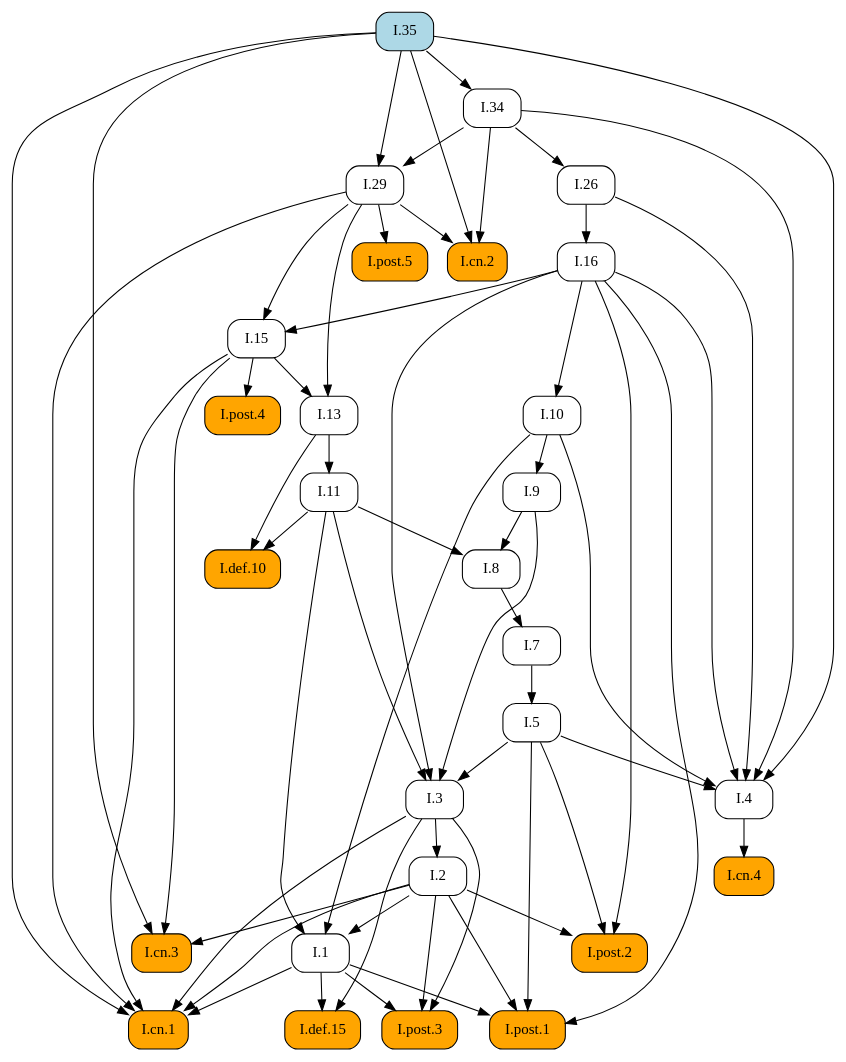
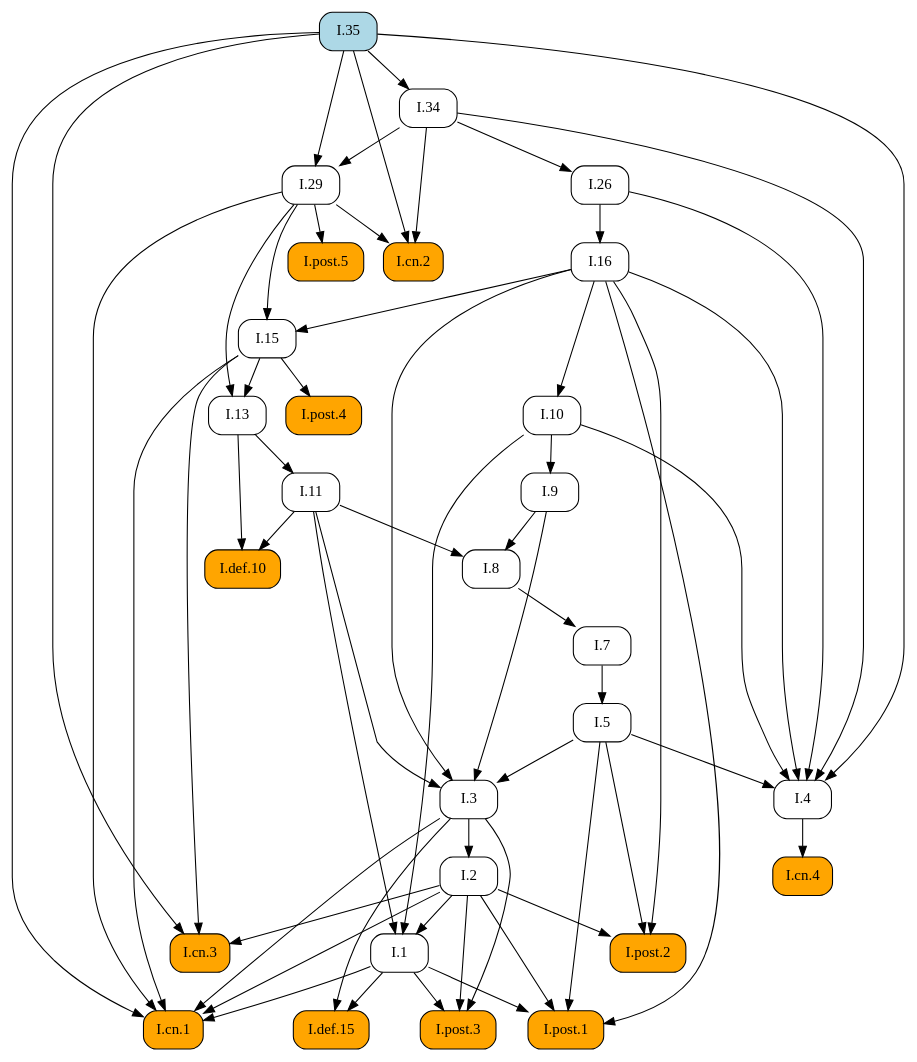
One commit to geometor/elements changed the diagram in docsrc/elements2/I/35/index.rst. Above: the diagram before and after it, drawn with Graphviz. The commit also changed other lines of this file and 409 other files, not shown here.

First line of the commit message:
feat: Add image cropping and graphic extraction script

```diff
--- a/docsrc/elements2/I/35/index.rst
+++ b/docsrc/elements2/I/35/index.rst
@@ -72,91 +72,91 @@
    digraph {
      rankdir="TB";
      node [shape=box, style=rounded];
+     "I.def.15" [style="rounded,filled", fillcolor=orange, URL="/elements2/I/def.15/", target="_top"];
+     "I.def.10" [style="rounded,filled", fillcolor=orange, URL="/elements2/I/def.10/", target="_top"];
+     "I.11" [URL="/elements2/I/11/", target="_top"];
+     "I.post.4" [style="rounded,filled", fillcolor=orange, URL="/elements2/I/post.4/", target="_top"];
      "I.8" [URL="/elements2/I/8/", target="_top"];
-     "I.post.3" [style="rounded,filled", fillcolor=orange, URL="/elements2/I/post.3/", target="_top"];
-     "I.cn.3" [style="rounded,filled", fillcolor=orange, URL="/elements2/I/cn.3/", target="_top"];
-     "I.cn.4" [style="rounded,filled", fillcolor=orange, URL="/elements2/I/cn.4/", target="_top"];
-     "I.1" [URL="/elements2/I/1/", target="_top"];
-     "I.7" [URL="/elements2/I/7/", target="_top"];
-     "I.post.1" [style="rounded,filled", fillcolor=orange, URL="/elements2/I/post.1/", target="_top"];
-     "I.9" [URL="/elements2/I/9/", target="_top"];
+     "I.15" [URL="/elements2/I/15/", target="_top"];
      "I.5" [URL="/elements2/I/5/", target="_top"];
      "I.post.5" [style="rounded,filled", fillcolor=orange, URL="/elements2/I/post.5/", target="_top"];
+     "I.3" [URL="/elements2/I/3/", target="_top"];
+     "I.10" [URL="/elements2/I/10/", target="_top"];
+     "I.26" [URL="/elements2/I/26/", target="_top"];
      "I.cn.1" [style="rounded,filled", fillcolor=orange, URL="/elements2/I/cn.1/", target="_top"];
+     "I.cn.3" [style="rounded,filled", fillcolor=orange, URL="/elements2/I/cn.3/", target="_top"];
+     "I.13" [URL="/elements2/I/13/", target="_top"];
+     "I.4" [URL="/elements2/I/4/", target="_top"];
+     "I.post.3" [style="rounded,filled", fillcolor=orange, URL="/elements2/I/post.3/", target="_top"];
+     "I.7" [URL="/elements2/I/7/", target="_top"];
+     "I.9" [URL="/elements2/I/9/", target="_top"];
      "I.29" [URL="/elements2/I/29/", target="_top"];
-     "I.def.10" [style="rounded,filled", fillcolor=orange, URL="/elements2/I/def.10/", target="_top"];
      "I.16" [URL="/elements2/I/16/", target="_top"];
-     "I.post.4" [style="rounded,filled", fillcolor=orange, URL="/elements2/I/post.4/", target="_top"];
+     "I.post.1" [style="rounded,filled", fillcolor=orange, URL="/elements2/I/post.1/", target="_top"];
+     "I.2" [URL="/elements2/I/2/", target="_top"];
+     "I.34" [URL="/elements2/I/34/", target="_top"];
+     "I.35" [style="rounded,filled", fillcolor=lightblue, URL="/elements2/I/35/", target="_top"];
+     "I.cn.4" [style="rounded,filled", fillcolor=orange, URL="/elements2/I/cn.4/", target="_top"];
      "I.cn.2" [style="rounded,filled", fillcolor=orange, URL="/elements2/I/cn.2/", target="_top"];
-     "I.13" [URL="/elements2/I/13/", target="_top"];
-     "I.35" [style="rounded,filled", fillcolor=lightblue, URL="/elements2/I/35/", target="_top"];
-     "I.2" [URL="/elements2/I/2/", target="_top"];
-     "I.def.15" [style="rounded,filled", fillcolor=orange, URL="/elements2/I/def.15/", target="_top"];
-     "I.4" [URL="/elements2/I/4/", target="_top"];
-     "I.11" [URL="/elements2/I/11/", target="_top"];
-     "I.10" [URL="/elements2/I/10/", target="_top"];
-     "I.15" [URL="/elements2/I/15/", target="_top"];
-     "I.3" [URL="/elements2/I/3/", target="_top"];
+     "I.1" [URL="/elements2/I/1/", target="_top"];
      "I.post.2" [style="rounded,filled", fillcolor=orange, URL="/elements2/I/post.2/", target="_top"];
-     "I.34" [URL="/elements2/I/34/", target="_top"];
-     "I.26" [URL="/elements2/I/26/", target="_top"];
+     "I.1" -> "I.def.15";
+     "I.3" -> "I.def.15";
+     "I.11" -> "I.def.10";
+     "I.13" -> "I.def.10";
+     "I.13" -> "I.11";
+     "I.15" -> "I.post.4";
      "I.9" -> "I.8";
      "I.11" -> "I.8";
-     "I.1" -> "I.post.3";
-     "I.2" -> "I.post.3";
-     "I.3" -> "I.post.3";
-     "I.2" -> "I.cn.3";
-     "I.15" -> "I.cn.3";
-     "I.35" -> "I.cn.3";
-     "I.4" -> "I.cn.4";
-     "I.2" -> "I.1";
-     "I.10" -> "I.1";
-     "I.11" -> "I.1";
-     "I.8" -> "I.7";
-     "I.1" -> "I.post.1";
-     "I.2" -> "I.post.1";
-     "I.5" -> "I.post.1";
-     "I.16" -> "I.post.1";
-     "I.10" -> "I.9";
+     "I.16" -> "I.15";
+     "I.29" -> "I.15";
      "I.7" -> "I.5";
      "I.29" -> "I.post.5";
+     "I.5" -> "I.3";
+     "I.9" -> "I.3";
+     "I.11" -> "I.3";
+     "I.16" -> "I.3";
+     "I.16" -> "I.10";
+     "I.34" -> "I.26";
      "I.1" -> "I.cn.1";
      "I.2" -> "I.cn.1";
      "I.3" -> "I.cn.1";
      "I.15" -> "I.cn.1";
      "I.29" -> "I.cn.1";
      "I.35" -> "I.cn.1";
-     "I.34" -> "I.29";
-     "I.35" -> "I.29";
-     "I.11" -> "I.def.10";
-     "I.13" -> "I.def.10";
-     "I.26" -> "I.16";
-     "I.15" -> "I.post.4";
-     "I.29" -> "I.cn.2";
-     "I.34" -> "I.cn.2";
-     "I.35" -> "I.cn.2";
+     "I.2" -> "I.cn.3";
+     "I.15" -> "I.cn.3";
+     "I.35" -> "I.cn.3";
      "I.15" -> "I.13";
      "I.29" -> "I.13";
-     "I.3" -> "I.2";
-     "I.1" -> "I.def.15";
-     "I.3" -> "I.def.15";
      "I.5" -> "I.4";
      "I.10" -> "I.4";
      "I.16" -> "I.4";
      "I.26" -> "I.4";
      "I.34" -> "I.4";
      "I.35" -> "I.4";
-     "I.13" -> "I.11";
-     "I.16" -> "I.10";
-     "I.16" -> "I.15";
-     "I.29" -> "I.15";
-     "I.5" -> "I.3";
-     "I.9" -> "I.3";
-     "I.11" -> "I.3";
-     "I.16" -> "I.3";
+     "I.1" -> "I.post.3";
+     "I.2" -> "I.post.3";
+     "I.3" -> "I.post.3";
+     "I.8" -> "I.7";
+     "I.10" -> "I.9";
+     "I.34" -> "I.29";
+     "I.35" -> "I.29";
+     "I.26" -> "I.16";
+     "I.1" -> "I.post.1";
+     "I.2" -> "I.post.1";
+     "I.5" -> "I.post.1";
+     "I.16" -> "I.post.1";
+     "I.3" -> "I.2";
+     "I.35" -> "I.34";
+     "I.4" -> "I.cn.4";
+     "I.29" -> "I.cn.2";
+     "I.34" -> "I.cn.2";
+     "I.35" -> "I.cn.2";
+     "I.2" -> "I.1";
+     "I.10" -> "I.1";
+     "I.11" -> "I.1";
      "I.2" -> "I.post.2";
      "I.5" -> "I.post.2";
      "I.16" -> "I.post.2";
-     "I.35" -> "I.34";
-     "I.34" -> "I.26";
    }
```
